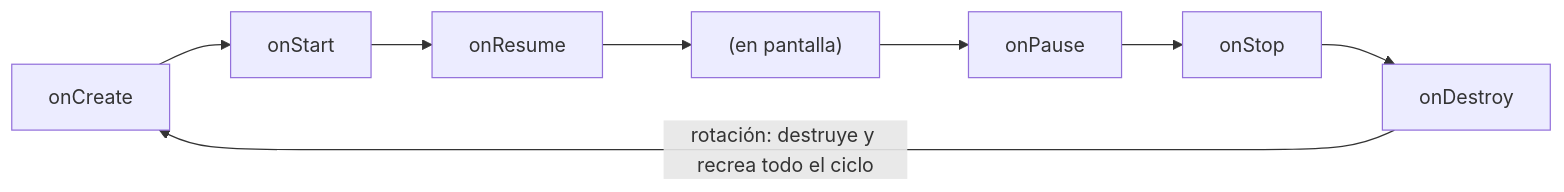
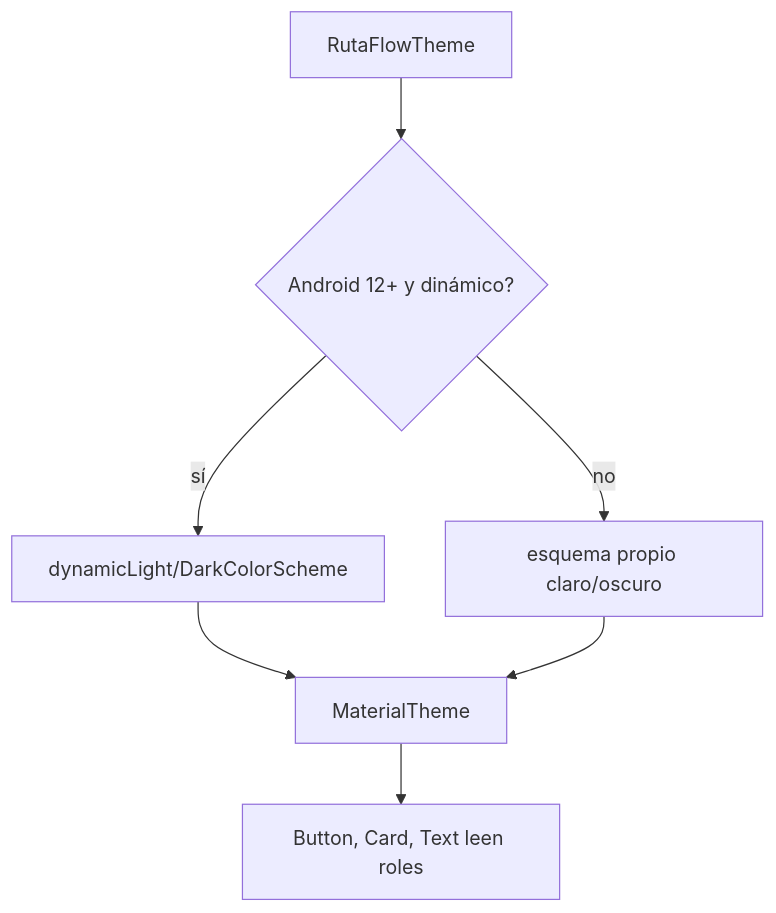
One commit to NICORUIZ93/The_Imperial_Book changed the first of 2 diagrams in web/public/content/android/modulo-1.md. Above: the diagram before and after it, drawn with Mermaid. The commit also changed other lines of this file and 305 other files, not shown here.

````diff
--- a/web/public/content/android/modulo-1.md
+++ b/web/public/content/android/modulo-1.md
@@ -20,5 +278,8 @@
 ```mermaid
-flowchart LR
-    A["onCreate"] --> B["onStart"] --> C["onResume"] --> D["(en pantalla)"] --> E["onPause"] --> F["onStop"] --> G["onDestroy"]
-    G -->|"rotación: destruye y recrea todo el ciclo"| A
+flowchart TB
+    T["RutaFlowTheme"] --> D{"Android 12+ y dinámico?"}
+    D -->|sí| DY["dynamicLight/DarkColorScheme"]
+    D -->|no| FX["esquema propio claro/oscuro"]
+    DY & FX --> M["MaterialTheme"]
+    M --> B["Button, Card, Text leen roles"]
 ```
````
